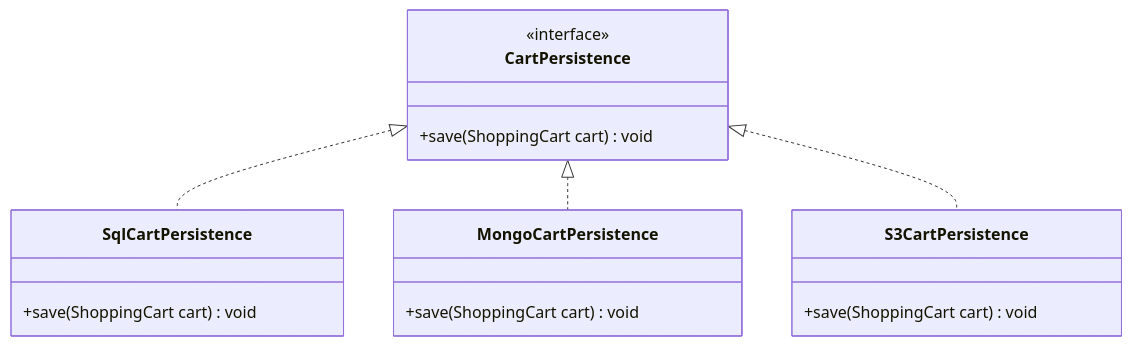
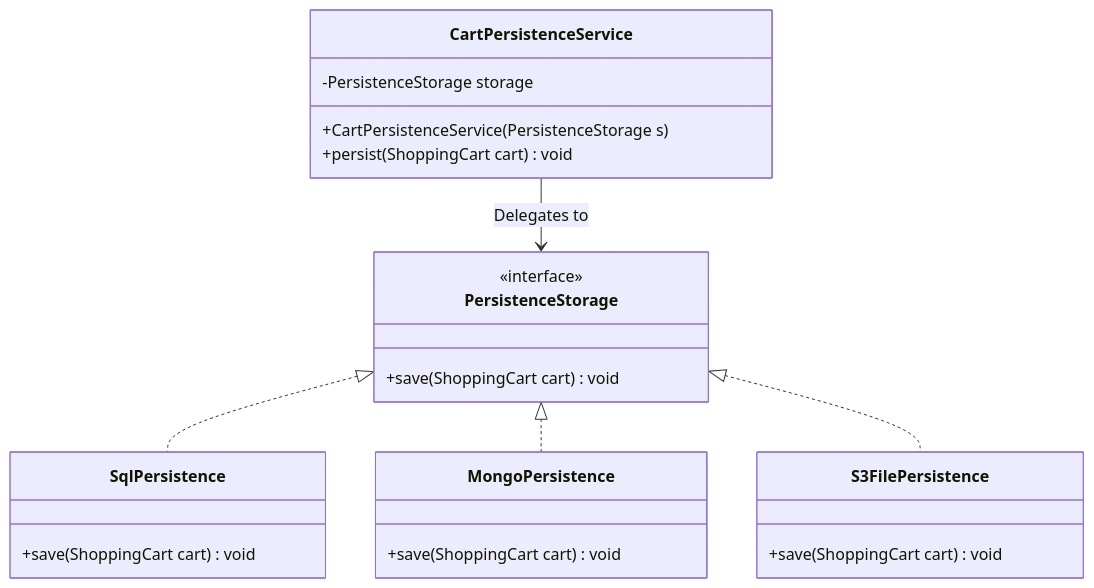
The fourth of 4 diagrams in 04-OOPs-and-Design-Patterns/02-SOLID-Principles/05-SOLID-Design-Principles-Part-1.md (rohithgowda18/Notes), drawn with Mermaid before and after one commit. The commit also changed other lines of this file and 17 other files, not shown here.

Commit message:
docs(lld): enrich notes with deep architectural analysis, diagrams, anti-patterns & code

````diff
--- a/04-OOPs-and-Design-Patterns/02-SOLID-Principles/05-SOLID-Design-Principles-Part-1.md
+++ b/04-OOPs-and-Design-Patterns/02-SOLID-Principles/05-SOLID-Design-Principles-Part-1.md
@@ -170,20 +201,26 @@
 ```mermaid
 classDiagram
-    class CartPersistence {
+    class PersistenceStorage {
         <<interface>>
         +save(ShoppingCart cart) void
     }
-    class SqlCartPersistence {
+    class SqlPersistence {
         +save(ShoppingCart cart) void
     }
-    class MongoCartPersistence {
+    class MongoPersistence {
         +save(ShoppingCart cart) void
     }
-    class S3CartPersistence {
+    class S3FilePersistence {
         +save(ShoppingCart cart) void
     }
+    class CartPersistenceService {
+        -PersistenceStorage storage
+        +CartPersistenceService(PersistenceStorage s)
+        +persist(ShoppingCart cart) void
+    }
 
-    CartPersistence <|.. SqlCartPersistence
-    CartPersistence <|.. MongoCartPersistence
-    CartPersistence <|.. S3CartPersistence
+    PersistenceStorage <|.. SqlPersistence
+    PersistenceStorage <|.. MongoPersistence
+    PersistenceStorage <|.. S3FilePersistence
+    CartPersistenceService --> PersistenceStorage : Delegates to
 ```
````
